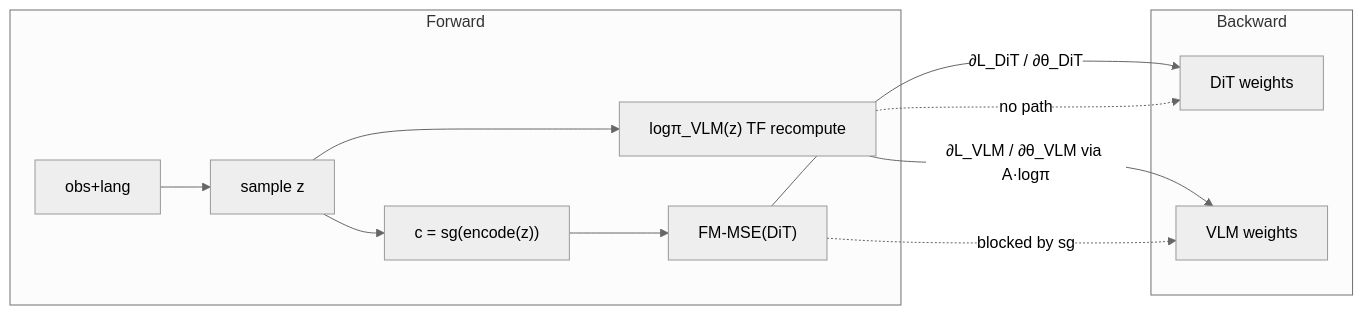
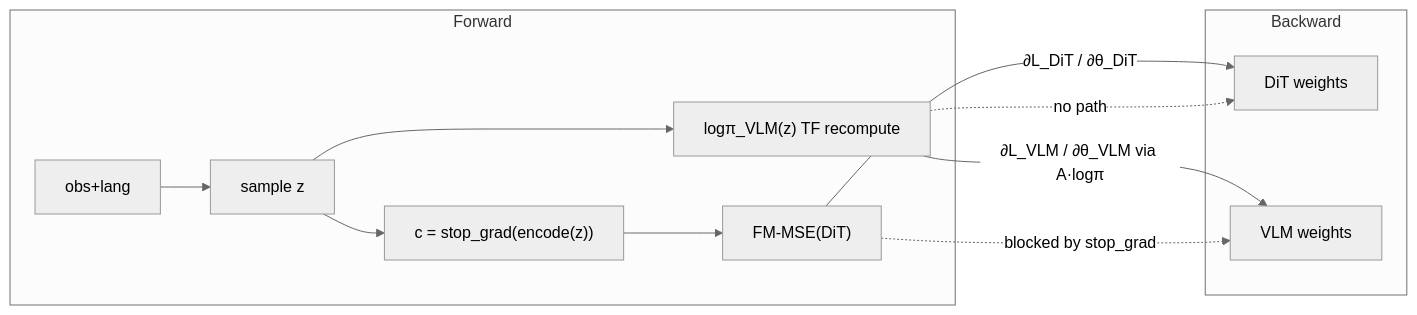
Before and after one commit to Avant-US/RLinf: diagram 15 of 15 in b/d/ov/grpo_vla_analyz_1.md, drawn with Mermaid (neutral theme). The commit also changed other lines of this file and 175 other files, not shown here.

````diff
--- a/b/d/ov/grpo_vla_analyz_1.md
+++ b/b/d/ov/grpo_vla_analyz_1.md
@@ -1128,15 +1130,15 @@
 ```mermaid
 flowchart LR
   subgraph fwd [Forward]
     O[obs+lang] --> CotS[sample z]
     CotS --> LogP["logπ_VLM(z) TF recompute"]
-    CotS --> SG["c = sg(encode(z))"]
+    CotS --> SG["c = stop_grad(encode(z))"]
     SG --> FM["FM-MSE(DiT)"]
   end
   subgraph bwd [Backward]
     FM -->|"∂L_DiT / ∂θ_DiT"| DiTθ[DiT weights]
     LogP -->|"∂L_VLM / ∂θ_VLM via A·logπ"| VLMθ[VLM weights]
-    FM -.->|"blocked by sg"| VLMθ
+    FM -.->|"blocked by stop_grad"| VLMθ
     LogP -.->|"no path"| DiTθ
   end
 ```
````
